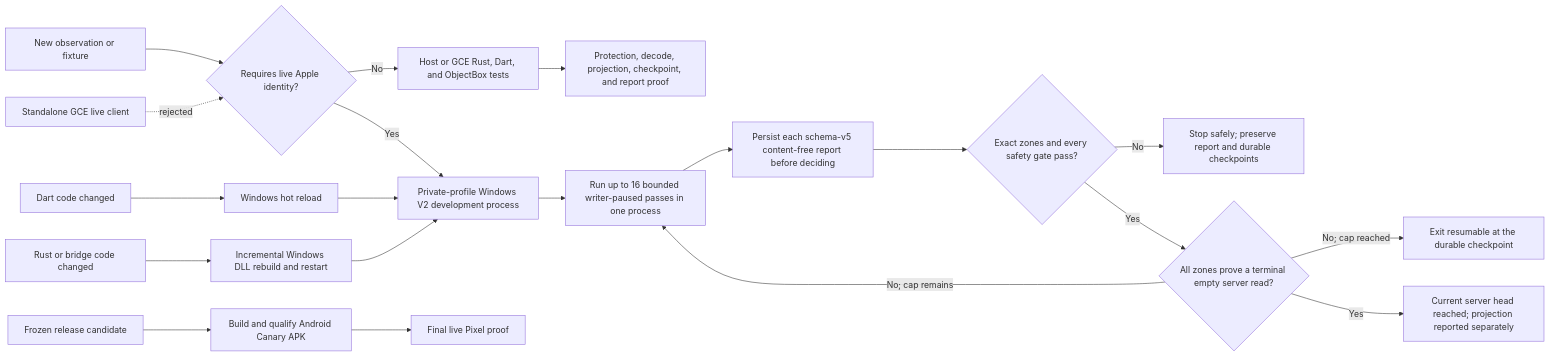
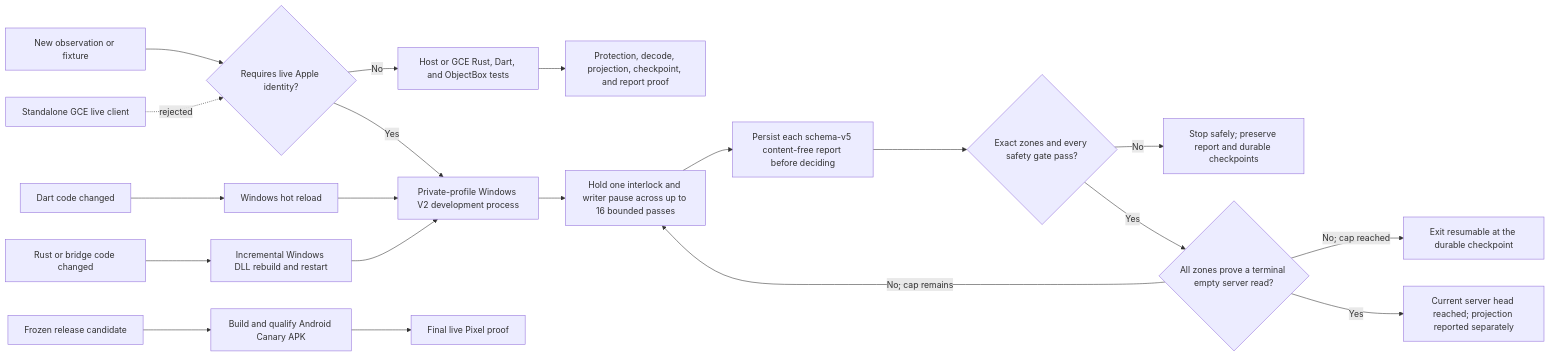
Before and after one commit to Xare123/openbubbles-app: the third of 3 diagrams in docs/CLOUD_SYNC_V2_CONNECTION_TREEMAP.md, drawn with Mermaid. The commit also changed other lines of this file and 10 other files, not shown here.

````diff
--- a/docs/CLOUD_SYNC_V2_CONNECTION_TREEMAP.md
+++ b/docs/CLOUD_SYNC_V2_CONNECTION_TREEMAP.md
@@ -125,22 +173,22 @@
 ```mermaid
 flowchart LR
   I[New observation or fixture] --> K{Requires live Apple identity?}
   K -- No --> H[Host or GCE Rust, Dart, and ObjectBox tests]
   H --> R[Protection, decode, projection, checkpoint, and report proof]
   K -- Yes --> W[Private-profile Windows V2 development process]
-  W --> P[Run up to 16 bounded writer-paused passes in one process]
+  W --> P[Hold one interlock and writer pause across up to 16 bounded passes]
   P --> R1[Persist each schema-v5 content-free report before deciding]
   R1 --> S1{Exact zones and every safety gate pass?}
   S1 -- No --> S2[Stop safely; preserve report and durable checkpoints]
   S1 -- Yes --> E{All zones prove a terminal empty server read?}
   E -- No; cap remains --> P
   E -- No; cap reached --> S3[Exit resumable at the durable checkpoint]
   E -- Yes --> Z[Current server head reached; projection reported separately]
   N[Dart code changed] --> D[Windows hot reload]
   D --> W
   V[Rust or bridge code changed] --> B[Incremental Windows DLL rebuild and restart]
   B --> W
   Q[Frozen release candidate] --> C[Build and qualify Android Canary APK]
   C --> L[Final live Pixel proof]
   X[Standalone GCE live client] -. rejected .-> K
 ```
````
